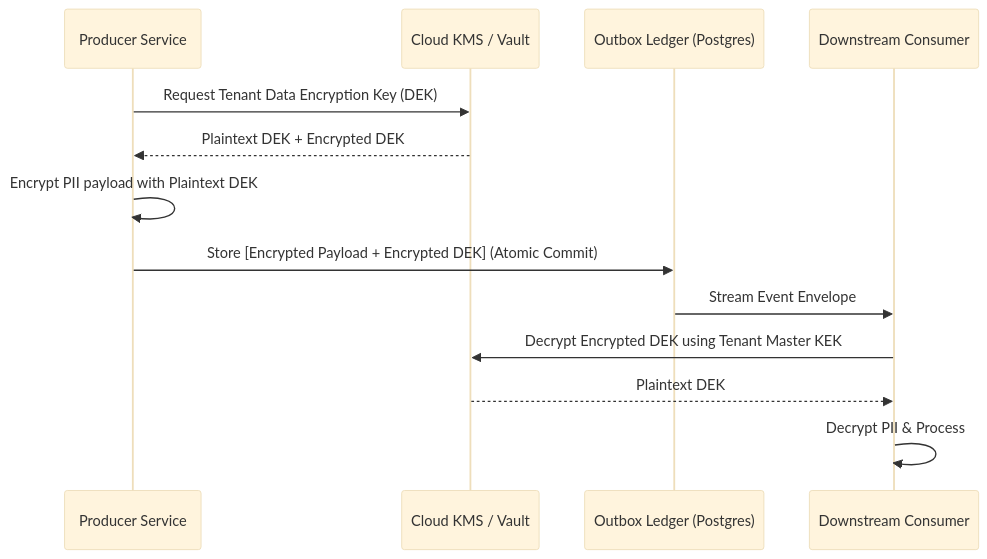
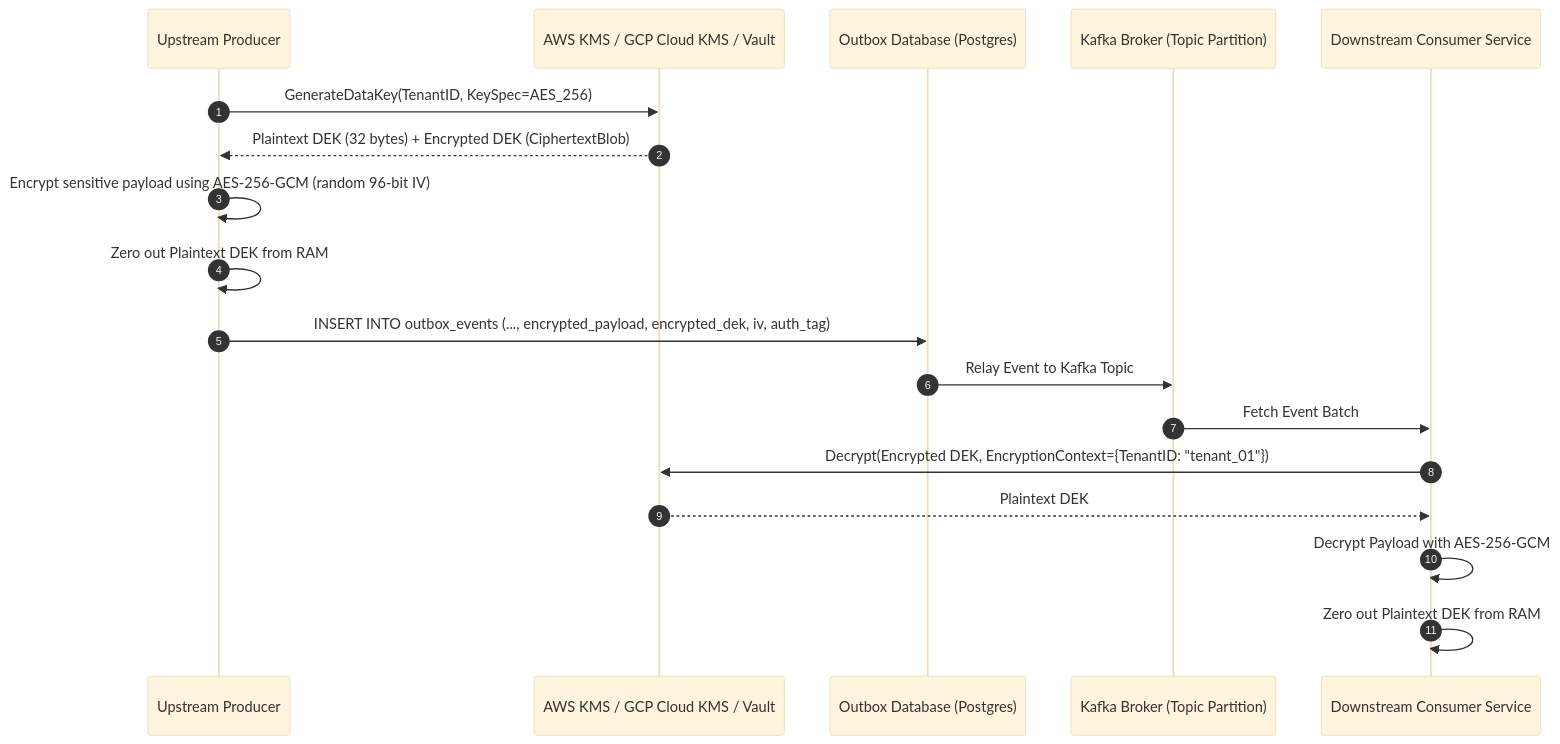
The fourth of 4 diagrams in docs/06-threat-model.md (Chief-Strategist-J/event-driven-platform), drawn with Mermaid (base theme) before and after one commit. The commit also changed other lines of this file and 2 other files, not shown here.

````diff
--- a/docs/06-threat-model.md
+++ b/docs/06-threat-model.md
@@ -61,16 +127,21 @@
 ```mermaid
 sequenceDiagram
-    participant App as Producer Service
-    participant KMS as Cloud KMS / Vault
-    participant DB as Outbox Ledger (Postgres)
-    participant Consumer as Downstream Consumer
+    autonumber
+    participant App as Upstream Producer
+    participant KMS as AWS KMS / GCP Cloud KMS / Vault
+    participant DB as Outbox Database (Postgres)
+    participant Broker as Kafka Broker (Topic Partition)
+    participant Consumer as Downstream Consumer Service
 
-    App->>KMS: Request Tenant Data Encryption Key (DEK)
-    KMS-->>App: Plaintext DEK + Encrypted DEK
-    App->>App: Encrypt PII payload with Plaintext DEK
-    App->>DB: Store [Encrypted Payload + Encrypted DEK] (Atomic Commit)
-    DB->>Consumer: Stream Event Envelope
-    Consumer->>KMS: Decrypt Encrypted DEK using Tenant Master KEK
+    App->>KMS: GenerateDataKey(TenantID, KeySpec=AES_256)
+    KMS-->>App: Plaintext DEK (32 bytes) + Encrypted DEK (CiphertextBlob)
+    App->>App: Encrypt sensitive payload using AES-256-GCM (random 96-bit IV)
+    App->>App: Zero out Plaintext DEK from RAM
+    App->>DB: INSERT INTO outbox_events (..., encrypted_payload, encrypted_dek, iv, auth_tag)
+    DB->>Broker: Relay Event to Kafka Topic
+    Broker->>Consumer: Fetch Event Batch
+    Consumer->>KMS: Decrypt(Encrypted DEK, EncryptionContext={TenantID: "tenant_01"})
     KMS-->>Consumer: Plaintext DEK
-    Consumer->>Consumer: Decrypt PII & Process
+    Consumer->>Consumer: Decrypt Payload with AES-256-GCM
+    Consumer->>Consumer: Zero out Plaintext DEK from RAM
 ```
````
